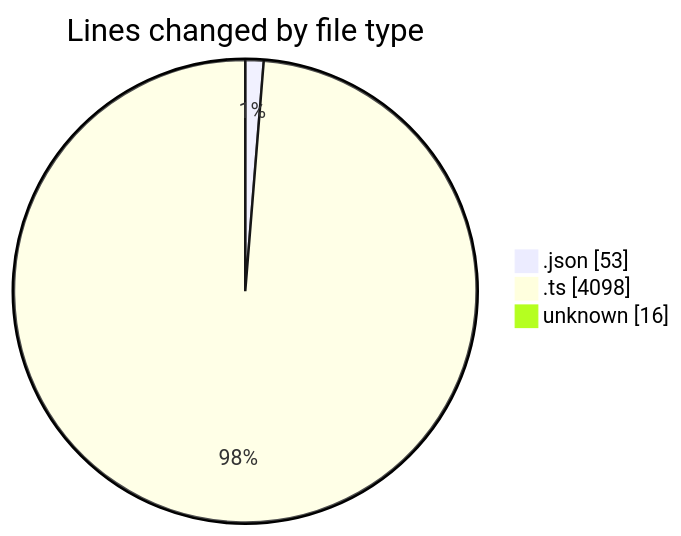
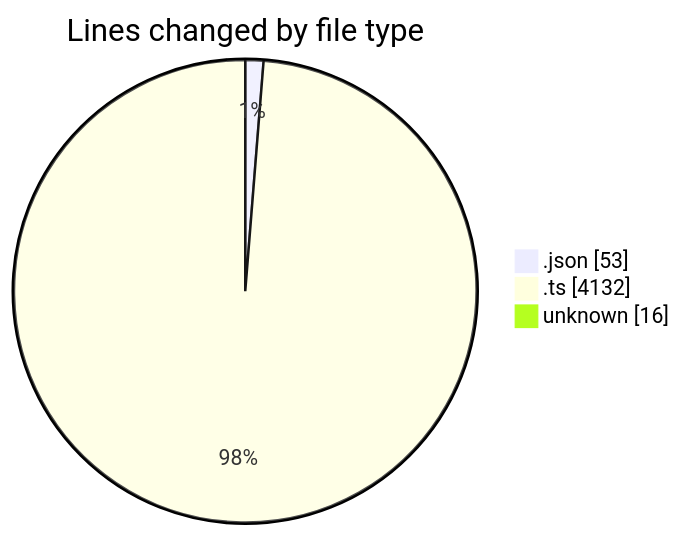
The first of 2 diagrams in 2026-02-01/singularitybrainai/README.md (tmsrecording-cyber/code-tracking), drawn with Mermaid before and after one commit. The commit also changed other lines of this file and 1 other file, not shown here.

````diff
--- a/2026-02-01/singularitybrainai/README.md
+++ b/2026-02-01/singularitybrainai/README.md
@@ -24,7 +25,7 @@
 ```mermaid
 pie showData
 title Lines changed by file type
 ".json" : 53
-".ts" : 4098
+".ts" : 4132
 "unknown" : 16
 ```
````
